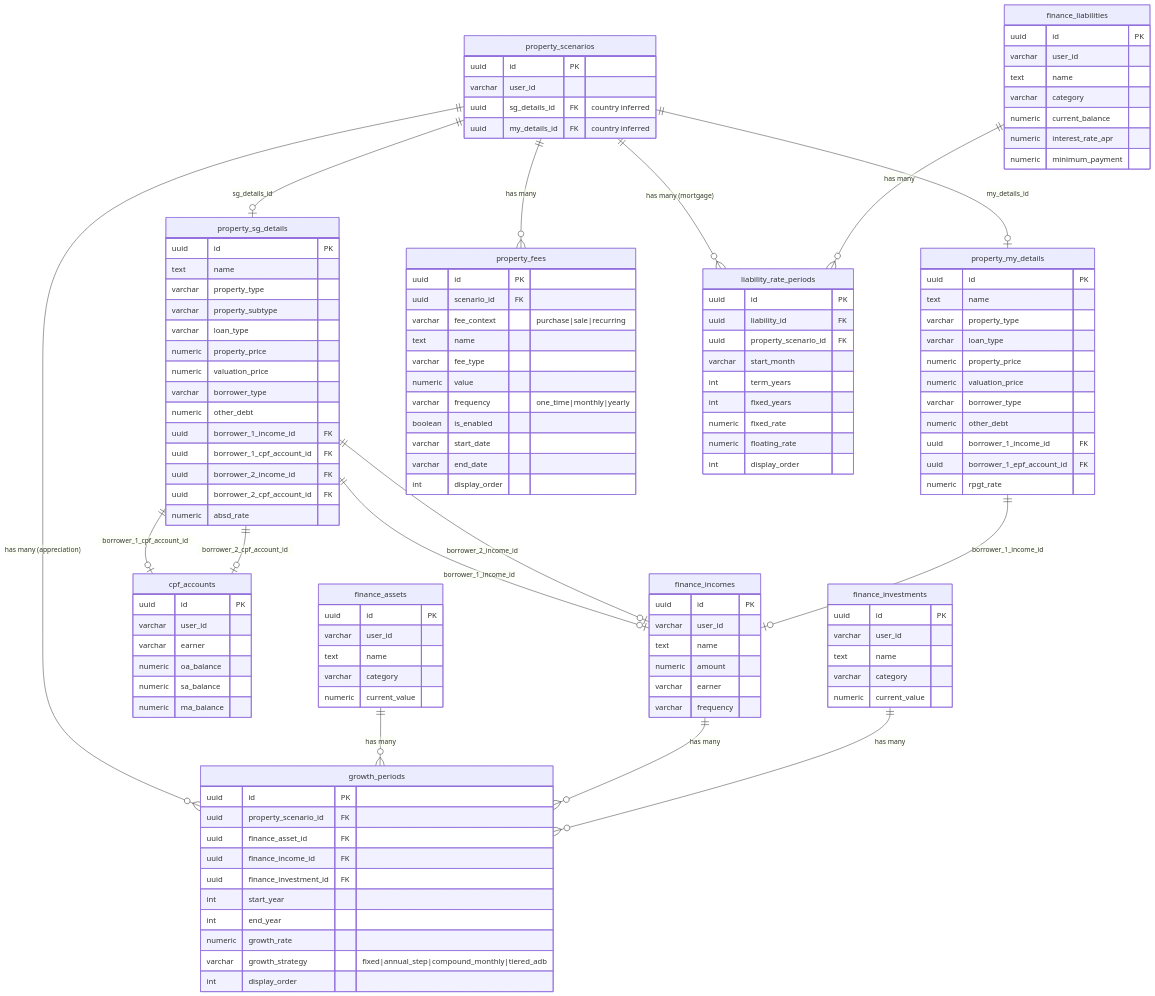
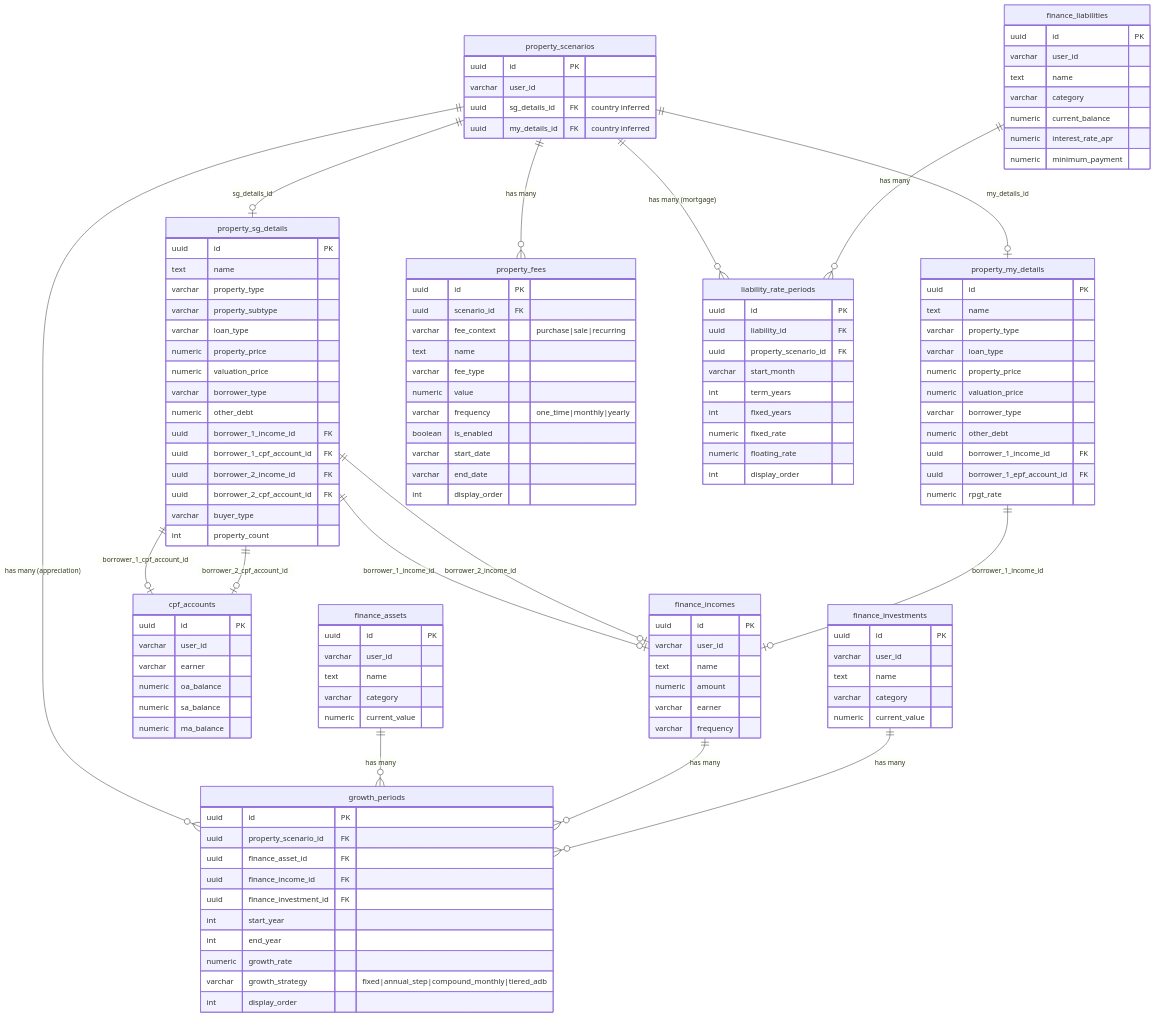
One commit to jcleow/wealthproject changed the first of 9 diagrams in specs/in-progress/property-planner-v2-persistence.md. Above: the diagram before and after it, drawn with Mermaid. The commit also changed other lines of this file and 1 other file, not shown here.

First line of the commit message:
fix(specs): complete alignment - replace absdRate with buyerType+propertyCount

```diff
--- a/specs/in-progress/property-planner-v2-persistence.md
+++ b/specs/in-progress/property-planner-v2-persistence.md
@@ -435,7 +435,8 @@
         uuid borrower_1_cpf_account_id FK
         uuid borrower_2_income_id FK
         uuid borrower_2_cpf_account_id FK
-        numeric absd_rate
+        varchar buyer_type
+        int property_count
     }
 
     property_my_details {
```
